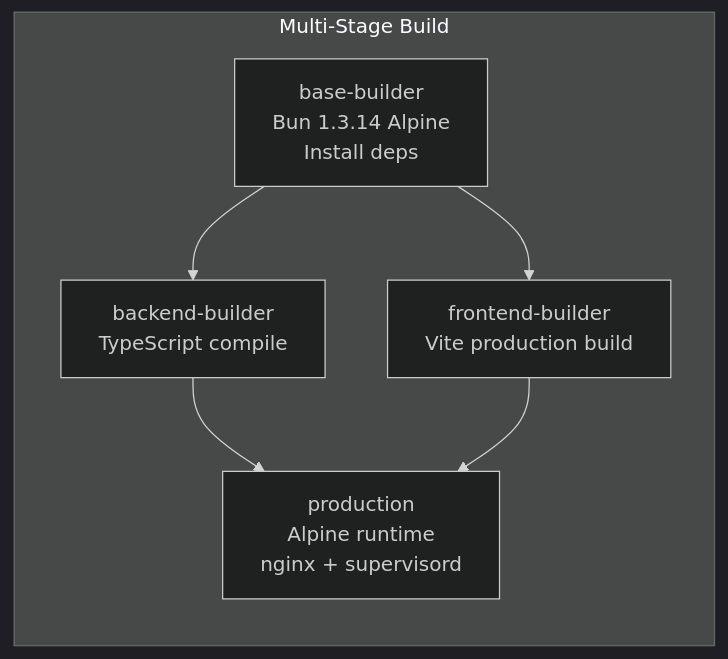
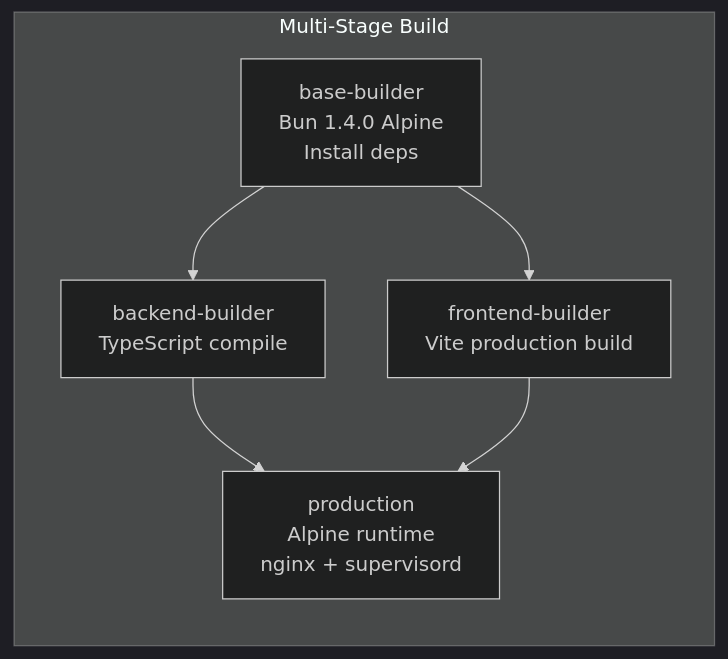
One commit to NomadicDaddy/spernakit changed the first of 3 diagrams in docs/template/architecture/deployment-architecture.md. Above: the diagram before and after it, drawn with Mermaid (dark theme). The commit also changed 22 other files, not shown here.

````diff
--- a/docs/template/architecture/deployment-architecture.md
+++ b/docs/template/architecture/deployment-architecture.md
@@ -7,14 +7,14 @@
 ```mermaid
 graph LR
     subgraph "Multi-Stage Build"
-        base["base-builder<br/>Bun 1.3.14 Alpine<br/>Install deps"]
+        base["base-builder<br/>Bun 1.4.0 Alpine<br/>Install deps"]
         backend["backend-builder<br/>TypeScript compile"]
         frontend["frontend-builder<br/>Vite production build"]
         prod["production<br/>Alpine runtime<br/>nginx + supervisord"]
     end
 
     base --> backend
     base --> frontend
     backend --> prod
     frontend --> prod
 ```
````
